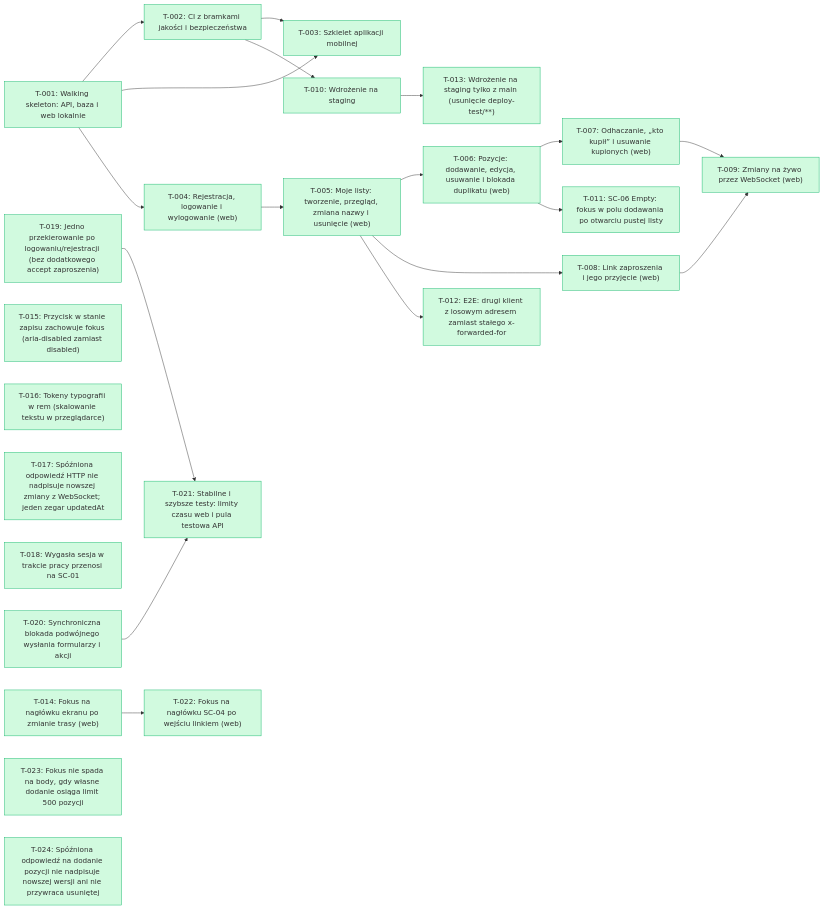
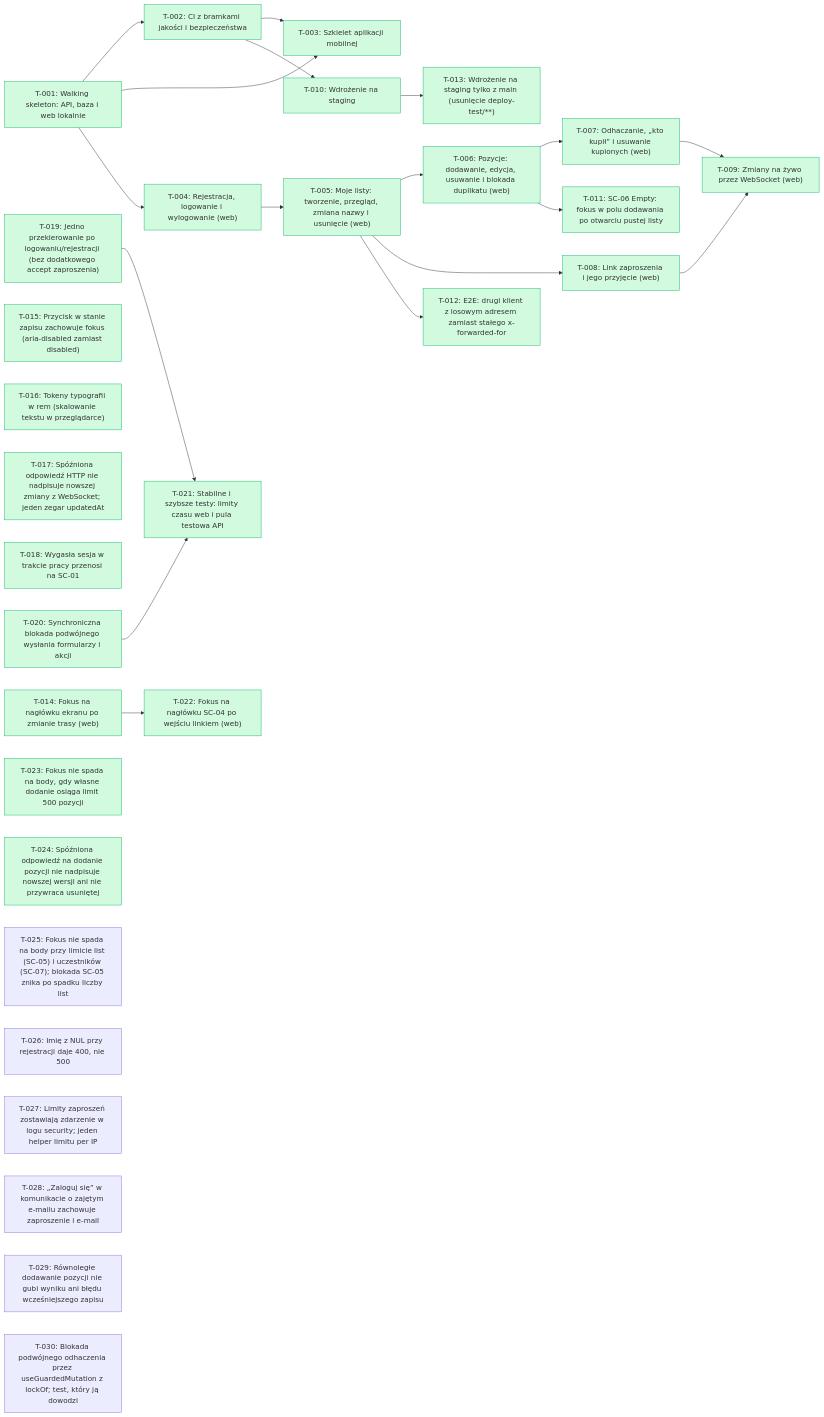
The diagram in docs/backlog/index.md (tombraz/lista-zakupow), drawn with Mermaid before and after one commit. The commit also changed other lines of this file and 9 other files, not shown here.

````diff
--- a/docs/backlog/index.md
+++ b/docs/backlog/index.md
@@ -17,48 +22,54 @@
 ```mermaid
 flowchart LR
   T_001["T-001: Walking skeleton: API, baza i web lokalnie"]:::done
   T_002["T-002: CI z bramkami jakości i bezpieczeństwa"]:::done
   T_003["T-003: Szkielet aplikacji mobilnej"]:::done
   T_004["T-004: Rejestracja, logowanie i wylogowanie (web)"]:::done
   T_005["T-005: Moje listy: tworzenie, przegląd, zmiana nazwy i usunięcie (web)"]:::done
   T_006["T-006: Pozycje: dodawanie, edycja, usuwanie i blokada duplikatu (web)"]:::done
   T_007["T-007: Odhaczanie, „kto kupił” i usuwanie kupionych (web)"]:::done
   T_008["T-008: Link zaproszenia i jego przyjęcie (web)"]:::done
   T_009["T-009: Zmiany na żywo przez WebSocket (web)"]:::done
   T_010["T-010: Wdrożenie na staging"]:::done
   T_011["T-011: SC-06 Empty: fokus w polu dodawania po otwarciu pustej listy"]:::done
   T_012["T-012: E2E: drugi klient z losowym adresem zamiast stałego x-forwarded-for"]:::done
   T_013["T-013: Wdrożenie na staging tylko z main (usunięcie deploy-test/**)"]:::done
   T_014["T-014: Fokus na nagłówku ekranu po zmianie trasy (web)"]:::done
   T_015["T-015: Przycisk w stanie zapisu zachowuje fokus (aria-disabled zamiast disabled)"]:::done
   T_016["T-016: Tokeny typografii w rem (skalowanie tekstu w przeglądarce)"]:::done
   T_017["T-017: Spóźniona odpowiedź HTTP nie nadpisuje nowszej zmiany z WebSocket; jeden zegar updatedAt"]:::done
   T_018["T-018: Wygasła sesja w trakcie pracy przenosi na SC-01"]:::done
   T_019["T-019: Jedno przekierowanie po logowaniu/rejestracji (bez dodatkowego accept zaproszenia)"]:::done
   T_020["T-020: Synchroniczna blokada podwójnego wysłania formularzy i akcji"]:::done
   T_021["T-021: Stabilne i szybsze testy: limity czasu web i pula testowa API"]:::done
   T_022["T-022: Fokus na nagłówku SC-04 po wejściu linkiem (web)"]:::done
   T_023["T-023: Fokus nie spada na body, gdy własne dodanie osiąga limit 500 pozycji"]:::done
   T_024["T-024: Spóźniona odpowiedź na dodanie pozycji nie nadpisuje nowszej wersji ani nie przywraca usuniętej"]:::done
+  T_025["T-025: Fokus nie spada na body przy limicie list (SC-05) i uczestników (SC-07); blokada SC-05 znika po spadku liczby list"]
+  T_026["T-026: Imię z NUL przy rejestracji daje 400, nie 500"]
+  T_027["T-027: Limity zaproszeń zostawiają zdarzenie w logu security; jeden helper limitu per IP"]
+  T_028["T-028: „Zaloguj się” w komunikacie o zajętym e-mailu zachowuje zaproszenie i e-mail"]
+  T_029["T-029: Równoległe dodawanie pozycji nie gubi wyniku ani błędu wcześniejszego zapisu"]
+  T_030["T-030: Blokada podwójnego odhaczenia przez useGuardedMutation z lockOf; test, który ją dowodzi"]
   T_001 --> T_002
   T_001 --> T_003
   T_002 --> T_003
   T_001 --> T_004
   T_004 --> T_005
   T_005 --> T_006
   T_006 --> T_007
   T_005 --> T_008
   T_007 --> T_009
   T_008 --> T_009
   T_002 --> T_010
   T_006 --> T_011
   T_005 --> T_012
   T_010 --> T_013
   T_019 --> T_021
   T_020 --> T_021
   T_014 --> T_022
   classDef done fill:#d1fadf,stroke:#12b76a
   classDef wip fill:#fef0c7,stroke:#f79009
   classDef qa fill:#e0eaff,stroke:#2970ff
   classDef blocked fill:#fee4e2,stroke:#f04438
 ```
````
